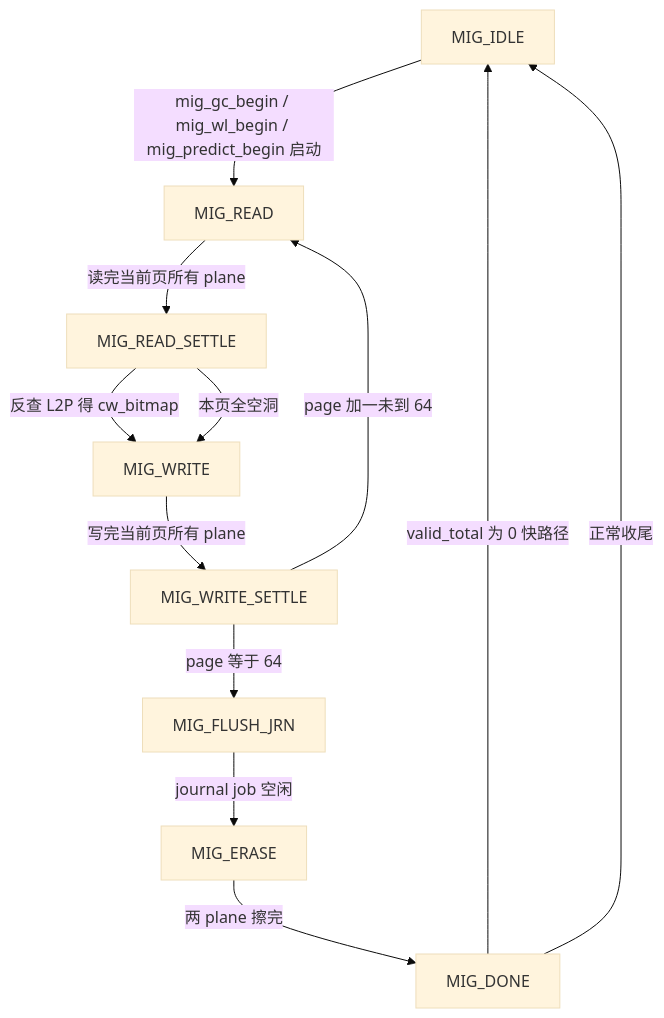
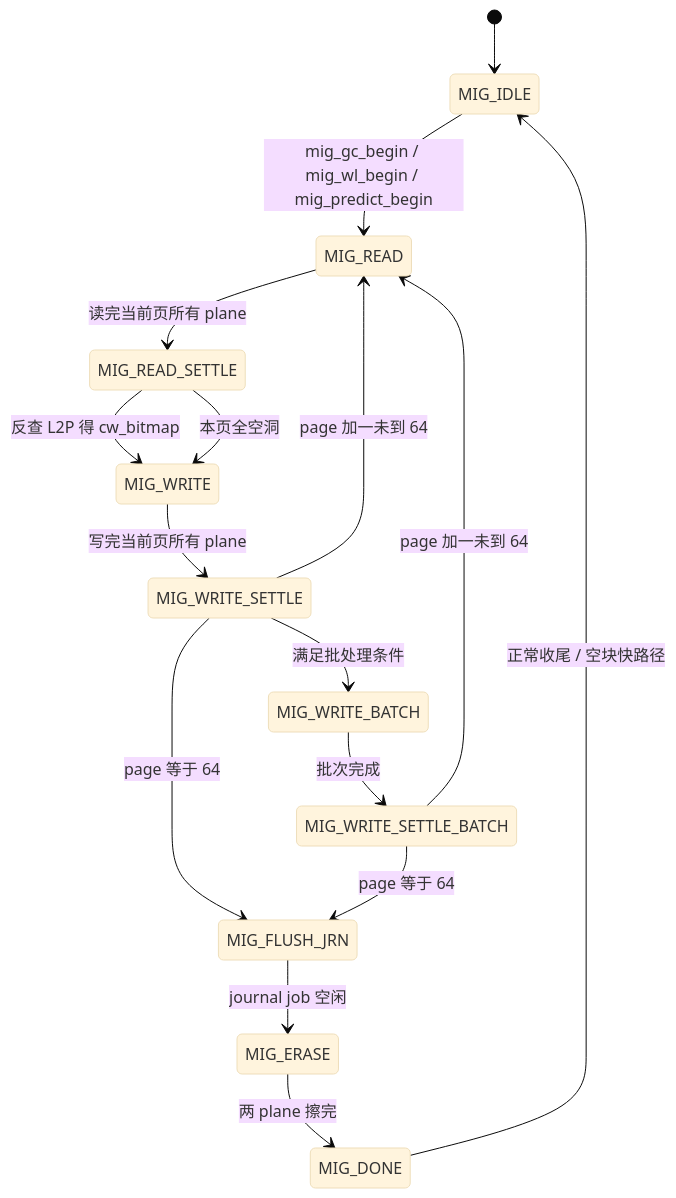
Diagram 33 of 50 in docs/design/ftl_design.md (YzYMIAO/BASESSD), drawn with Mermaid (base theme) before and after one commit. The commit also changed other lines of this file and 42 other files, not shown here.

````diff
--- a/docs/design/ftl_design.md
+++ b/docs/design/ftl_design.md
@@ -3765,22 +3836,28 @@
 ```mermaid
-flowchart TD
- IDLE["MIG_IDLE"]
- READ["MIG_READ"]
- RS["MIG_READ_SETTLE"]
- WRITE["MIG_WRITE"]
- WS["MIG_WRITE_SETTLE"]
- FLUSH["MIG_FLUSH_JRN"]
- ERASE["MIG_ERASE"]
- DONE["MIG_DONE"]
- IDLE -- "mig_gc_begin / mig_wl_begin / mig_predict_begin 启动" --> READ
- READ -- "读完当前页所有 plane" --> RS
- RS -- "反查 L2P 得 cw_bitmap" --> WRITE
- RS -- "本页全空洞" --> WRITE
- WRITE -- "写完当前页所有 plane" --> WS
- WS -- "page 加一未到 64" --> READ
- WS -- "page 等于 64" --> FLUSH
- FLUSH -- "journal job 空闲" --> ERASE
- ERASE -- "两 plane 擦完" --> DONE
- DONE -- "valid_total 为 0 快路径" --> IDLE
- DONE -- "正常收尾" --> IDLE
+stateDiagram-v2
+    state "MIG_IDLE" as IDLE
+    state "MIG_READ" as READ
+    state "MIG_READ_SETTLE" as RS
+    state "MIG_WRITE" as WRITE
+    state "MIG_WRITE_SETTLE" as WS
+    state "MIG_WRITE_BATCH" as WB
+    state "MIG_WRITE_SETTLE_BATCH" as WSB
+    state "MIG_FLUSH_JRN" as FLUSH
+    state "MIG_ERASE" as ERASE
+    state "MIG_DONE" as DONE
+    [*] --> IDLE
+    IDLE --> READ: mig_gc_begin / mig_wl_begin / mig_predict_begin
+    READ --> RS: 读完当前页所有 plane
+    RS --> WRITE: 反查 L2P 得 cw_bitmap
+    RS --> WRITE: 本页全空洞
+    WRITE --> WS: 写完当前页所有 plane
+    WS --> READ: page 加一未到 64
+    WS --> WB: 满足批处理条件
+    WB --> WSB: 批次完成
+    WSB --> READ: page 加一未到 64
+    WS --> FLUSH: page 等于 64
+    WSB --> FLUSH: page 等于 64
+    FLUSH --> ERASE: journal job 空闲
+    ERASE --> DONE: 两 plane 擦完
+    DONE --> IDLE: 正常收尾 / 空块快路径
 ```
````
